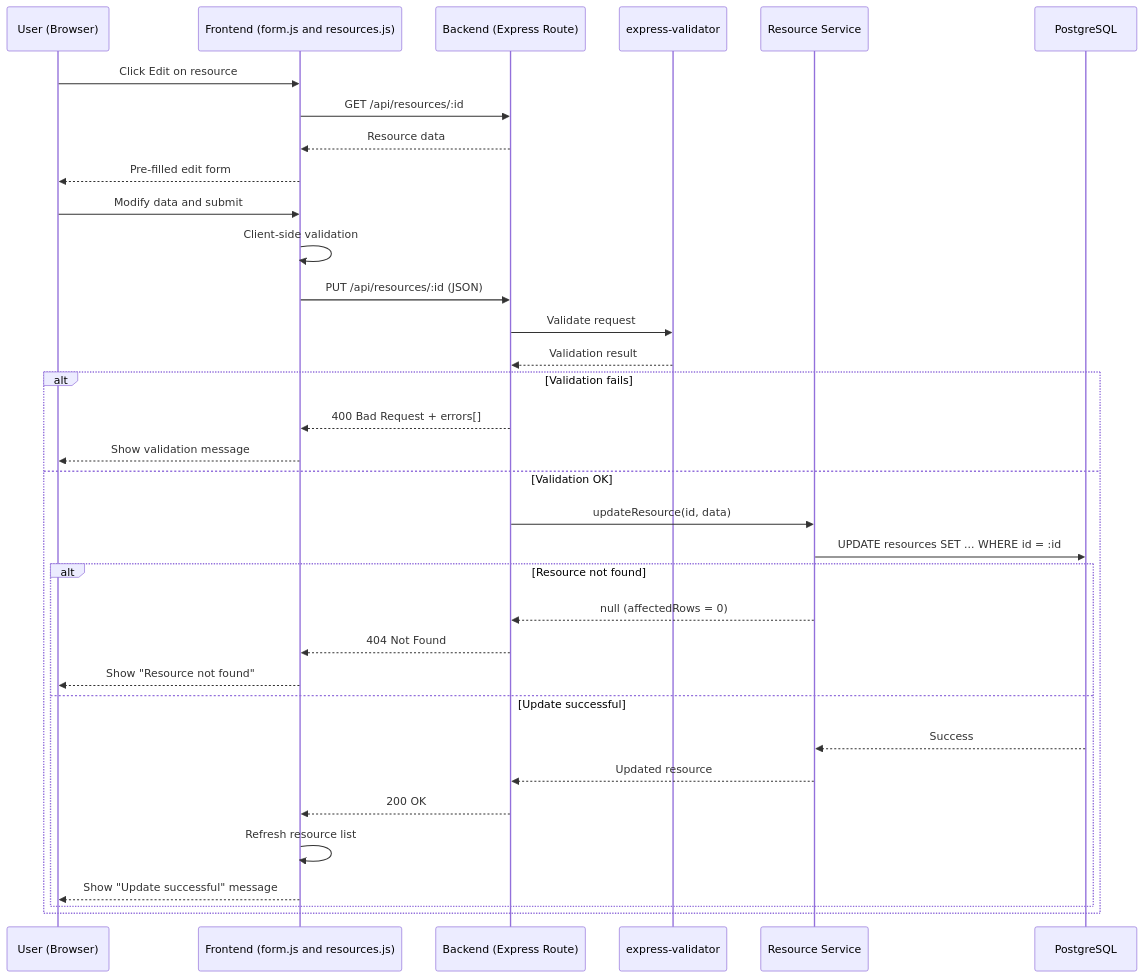
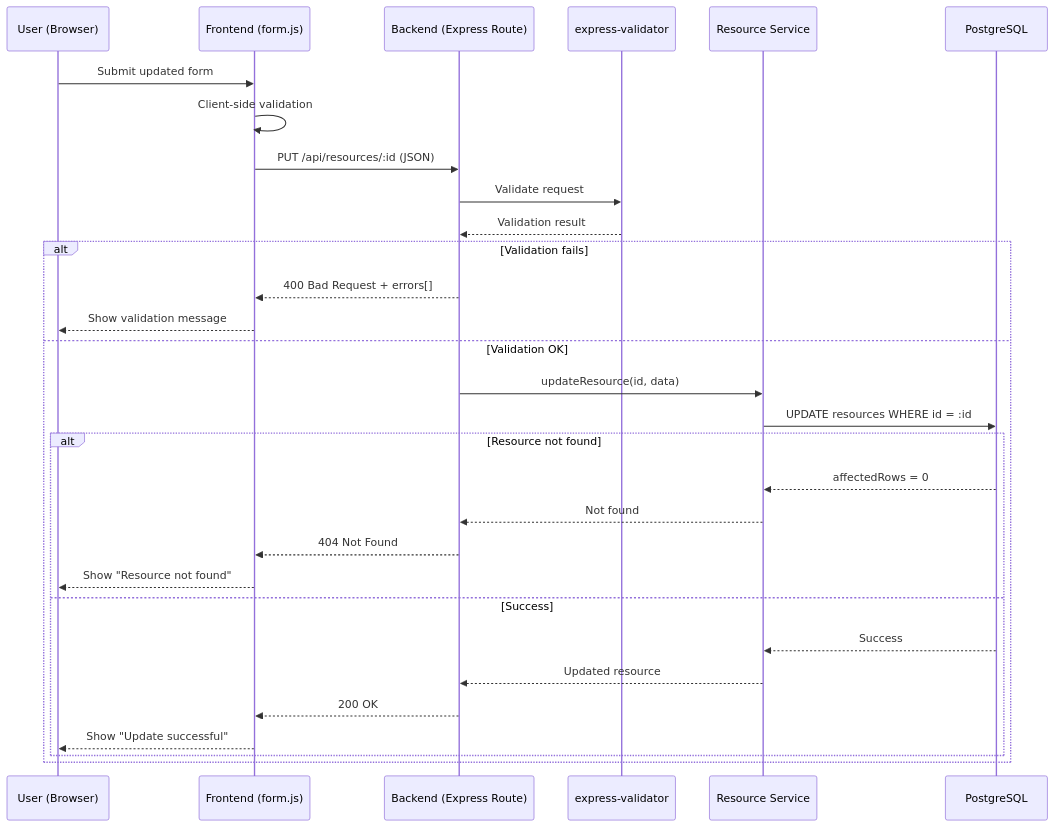
The third of 4 diagrams in Phase 6/G1_CRUD_DataFlow.md (AartiSaini2002/BookingSystemPhase6), drawn with Mermaid before and after one commit.

````diff
--- a/Phase 6/G1_CRUD_DataFlow.md
+++ b/Phase 6/G1_CRUD_DataFlow.md
@@ -71,41 +71,36 @@
 ```mermaid
 sequenceDiagram
     participant U as User (Browser)
-    participant F as Frontend (form.js and resources.js)
+    participant F as Frontend (form.js)
     participant B as Backend (Express Route)
     participant V as express-validator
     participant S as Resource Service
     participant DB as PostgreSQL
 
-    U->>F: Click Edit on resource
-    F->>B: GET /api/resources/:id
-    B-->>F: Resource data
-    F-->>U: Pre-filled edit form
-    
-    U->>F: Modify data and submit
+    U->>F: Submit updated form
     F->>F: Client-side validation
     F->>B: PUT /api/resources/:id (JSON)
-    
+
     B->>V: Validate request
     V-->>B: Validation result
-    
+
     alt Validation fails
         B-->>F: 400 Bad Request + errors[]
         F-->>U: Show validation message
     else Validation OK
         B->>S: updateResource(id, data)
-        S->>DB: UPDATE resources SET ... WHERE id = :id
-        
+        S->>DB: UPDATE resources WHERE id = :id
+
         alt Resource not found
-            S-->>B: null (affectedRows = 0)
+            DB-->>S: affectedRows = 0
+            S-->>B: Not found
             B-->>F: 404 Not Found
             F-->>U: Show "Resource not found"
-        else Update successful
+        else Success
             DB-->>S: Success
             S-->>B: Updated resource
             B-->>F: 200 OK
-            F->>F: Refresh resource list
-            F-->>U: Show "Update successful" message
+            F-->>U: Show "Update successful"
         end
     end
 ```
````
